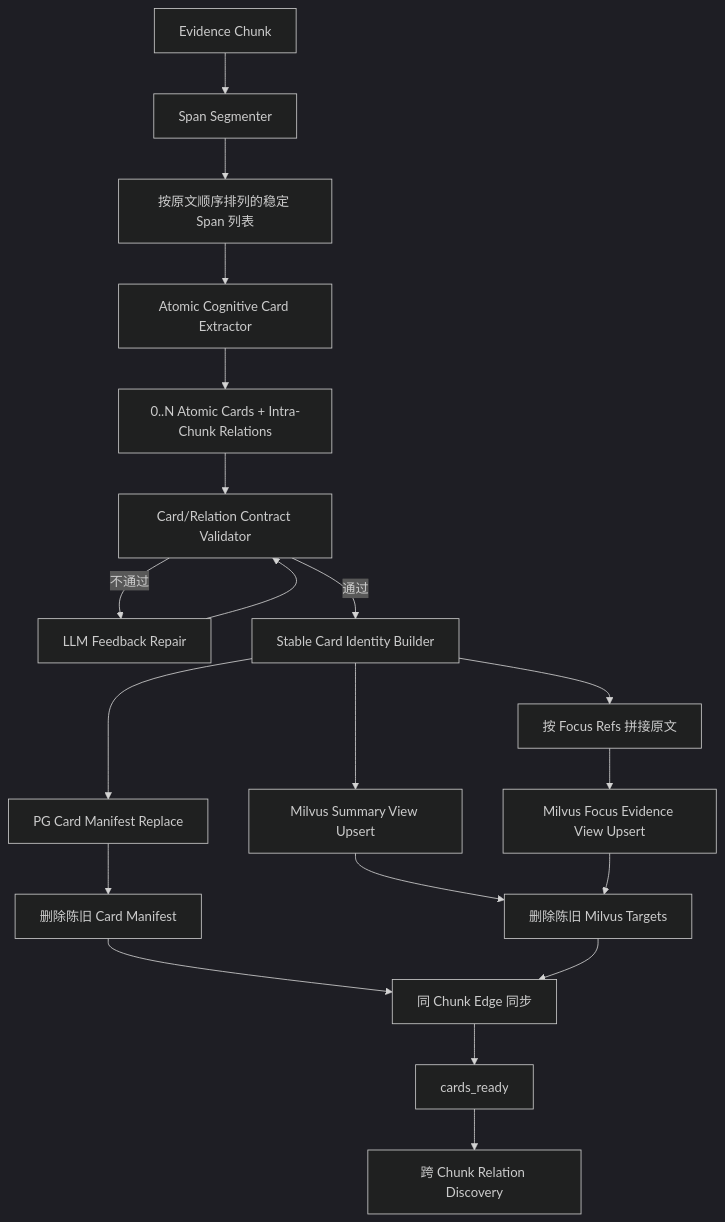
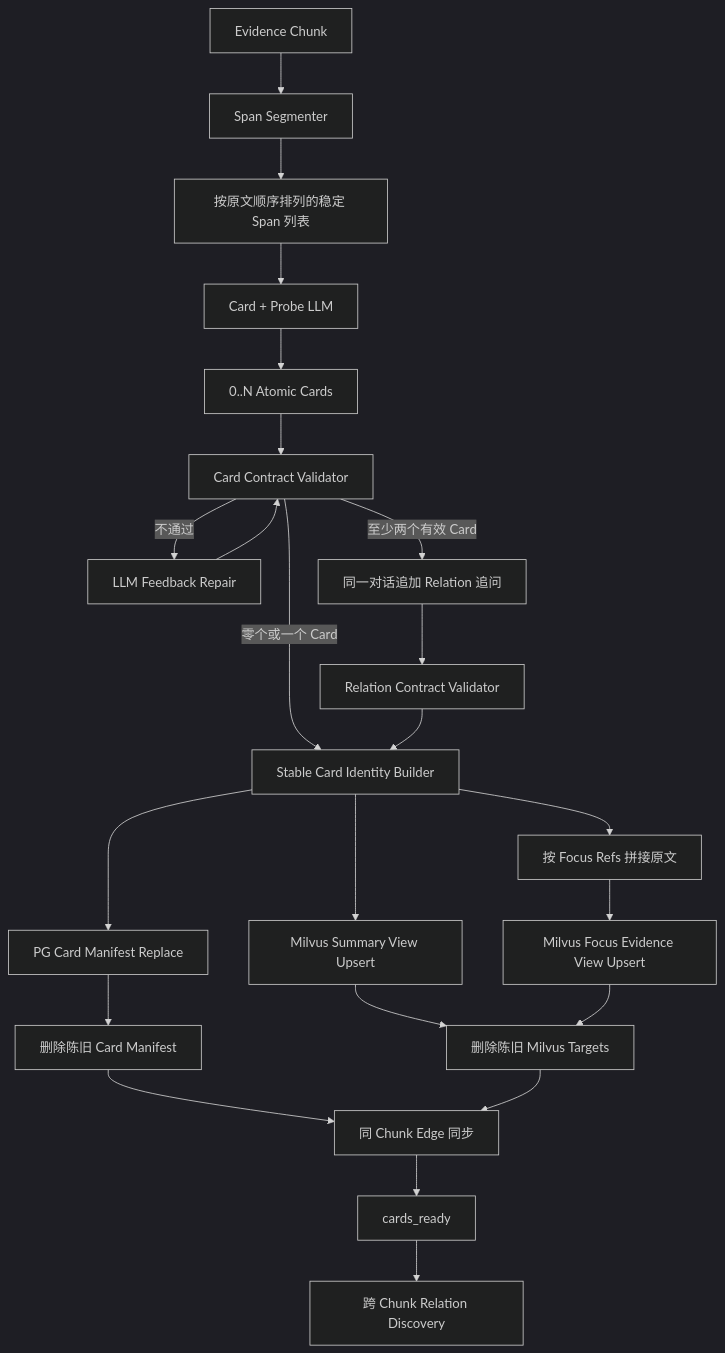
Before and after one commit to qiyuebuku/frida-test: the first of 2 diagrams in .claude/skills/smart-fund-server/docs/3. 实施方案/4. 知识图谱/21. 原子Cognitive Card与Relation Probe提取实施方案.md, drawn with Mermaid (dark theme). The commit also changed other lines of this file and 7 other files, not shown here.

Commit message:
refactor(kg): split card extraction and relation follow-up

````diff
--- a/.claude/skills/smart-fund-server/docs/3. 实施方案/4. 知识图谱/21. 原子Cognitive Card与Relation Probe提取实施方案.md
+++ b/.claude/skills/smart-fund-server/docs/3. 实施方案/4. 知识图谱/21. 原子Cognitive Card与Relation Probe提取实施方案.md
@@ -129,22 +131,25 @@
 ```mermaid
 flowchart TD
     A[Evidence Chunk] --> B[Span Segmenter]
     B --> C[按原文顺序排列的稳定 Span 列表]
-    C --> D[Atomic Cognitive Card Extractor]
-    D --> E[0..N Atomic Cards + Intra-Chunk Relations]
-    E --> F[Card/Relation Contract Validator]
+    C --> D[Card + Probe LLM]
+    D --> E[0..N Atomic Cards]
+    E --> F[Card Contract Validator]
     F -->|不通过| G[LLM Feedback Repair]
     G --> F
-    F -->|通过| H[Stable Card Identity Builder]
+    F -->|至少两个有效 Card| R[同一对话追加 Relation 追问]
+    R --> RV[Relation Contract Validator]
+    F -->|零个或一个 Card| H[Stable Card Identity Builder]
+    RV --> H
     H --> I[PG Card Manifest Replace]
     H --> J1[Milvus Summary View Upsert]
     H --> J2[按 Focus Refs 拼接原文]
     J2 --> J3[Milvus Focus Evidence View Upsert]
     I --> K[删除陈旧 Card Manifest]
     J1 --> L[删除陈旧 Milvus Targets]
     J3 --> L
     K --> M[同 Chunk Edge 同步]
     L --> M
     M --> N[cards_ready]
     N --> O[跨 Chunk Relation Discovery]
 ```
````
